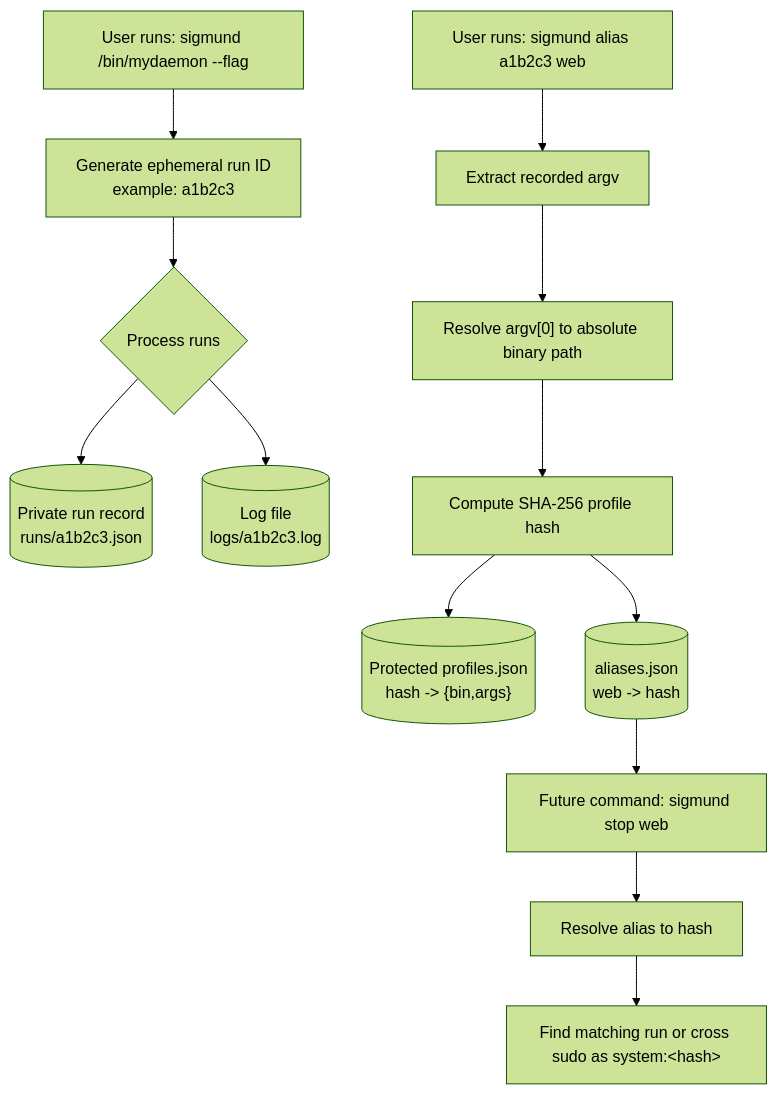
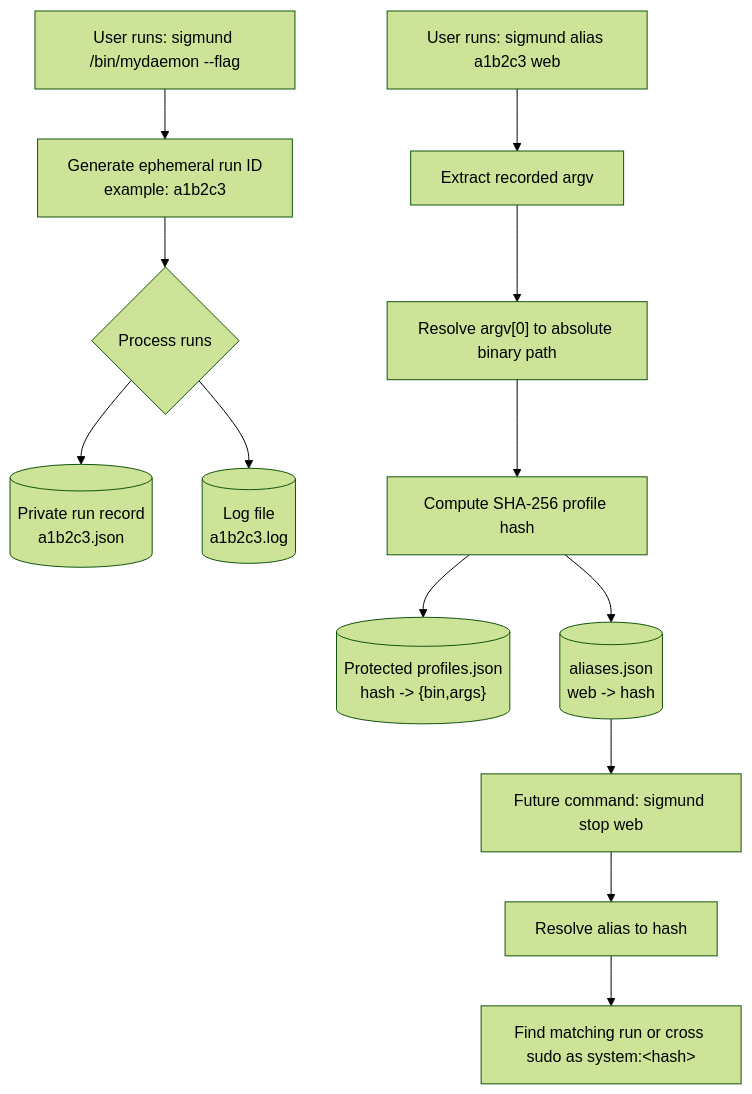
Before and after one commit to RchGrav/onhold: the first of 4 diagrams in README.md, drawn with Mermaid (forest theme). The commit also changed other lines of this file and 2 other files, not shown here.

````diff
--- a/README.md
+++ b/README.md
@@ -75,17 +75,17 @@
 ```mermaid
 flowchart TD
     A["User runs: sigmund /bin/mydaemon --flag"] --> B["Generate ephemeral run ID<br/>example: a1b2c3"]
     B --> C{"Process runs"}
-    C --> D[("Private run record<br/>runs/a1b2c3.json")]
-    C --> E[("Log file<br/>logs/a1b2c3.log")]
+    C --> D[("Private run record<br/>a1b2c3.json")]
+    C --> E[("Log file<br/>a1b2c3.log")]
 
     F["User runs: sigmund alias a1b2c3 web"] --> G["Extract recorded argv"]
     G --> H["Resolve argv[0] to absolute binary path"]
     H --> I["Compute SHA-256 profile hash"]
     I --> J[("Protected profiles.json<br/>hash -> {bin,args}")]
     I --> K[("aliases.json<br/>web -> hash")]
 
     K --> L["Future command: sigmund stop web"]
     L --> M["Resolve alias to hash"]
     M --> N["Find matching run or cross sudo as system:&lt;hash&gt;"]
 ```
````
